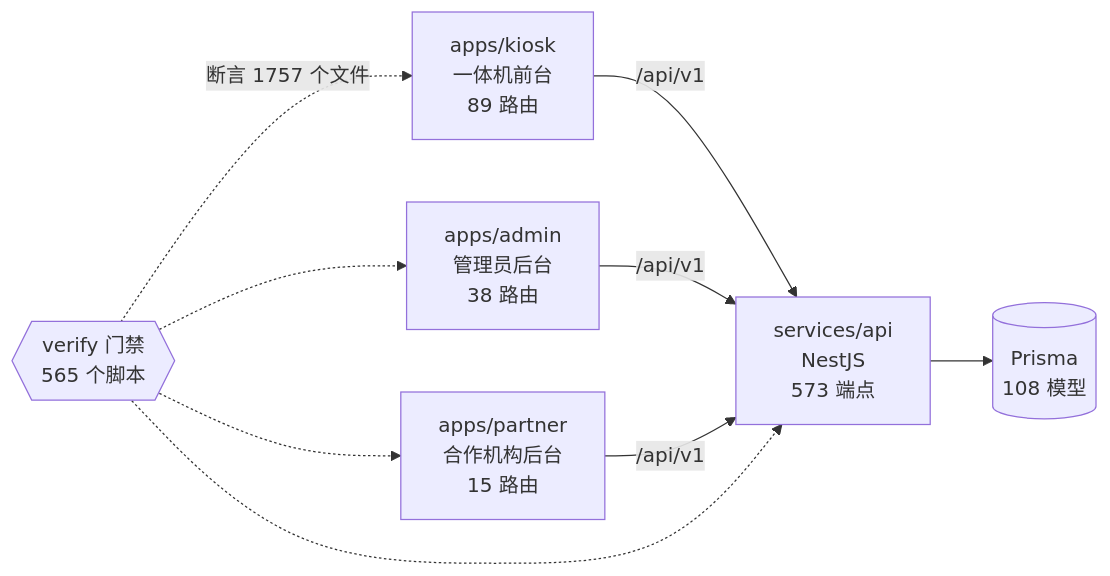
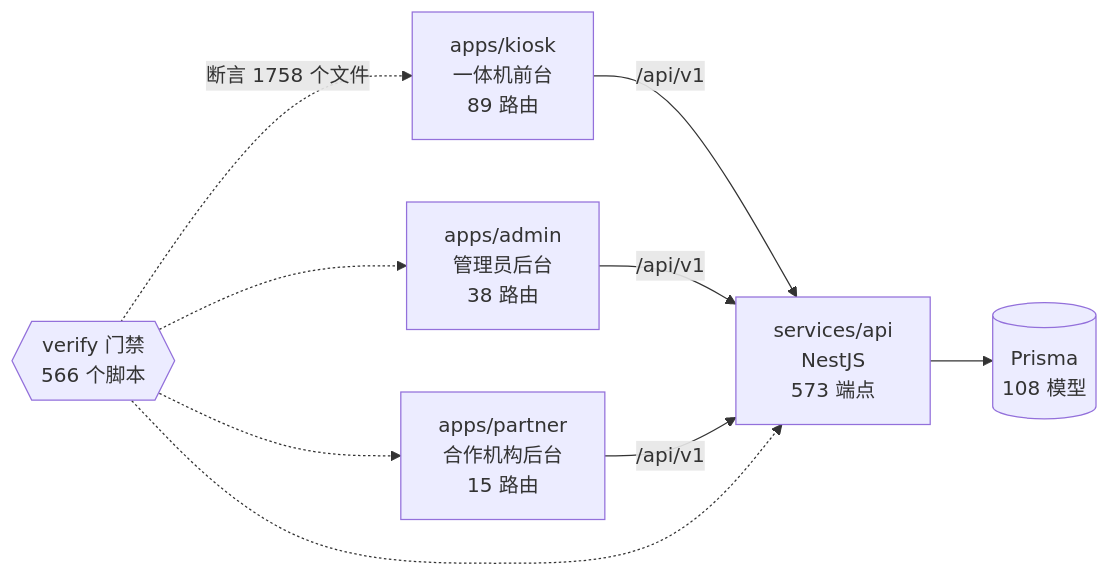
The diagram in docs/graph/README.md (wanglei581/YITIJI), drawn with Mermaid before and after one commit. The commit also changed other lines of this file and 3 other files, not shown here.

Commit message:
docs(progress): 9/30 AI 额度拍板四条与第一步范围；重生图谱

````diff
--- a/docs/graph/README.md
+++ b/docs/graph/README.md
@@ -68,18 +68,18 @@
 ```mermaid
 flowchart LR
   kiosk["apps/kiosk<br/>一体机前台<br/>89 路由"]
   admin["apps/admin<br/>管理员后台<br/>38 路由"]
   partner["apps/partner<br/>合作机构后台<br/>15 路由"]
   api["services/api<br/>NestJS<br/>573 端点"]
   db[("Prisma<br/>108 模型")]
-  gates{{"verify 门禁<br/>565 个脚本"}}
+  gates{{"verify 门禁<br/>566 个脚本"}}
 
   kiosk -->|"/api/v1"| api
   admin -->|"/api/v1"| api
   partner -->|"/api/v1"| api
   api --> db
-  gates -.->|"断言 1757 个文件"| kiosk
+  gates -.->|"断言 1758 个文件"| kiosk
   gates -.-> admin
   gates -.-> partner
   gates -.-> api
 ```
````
